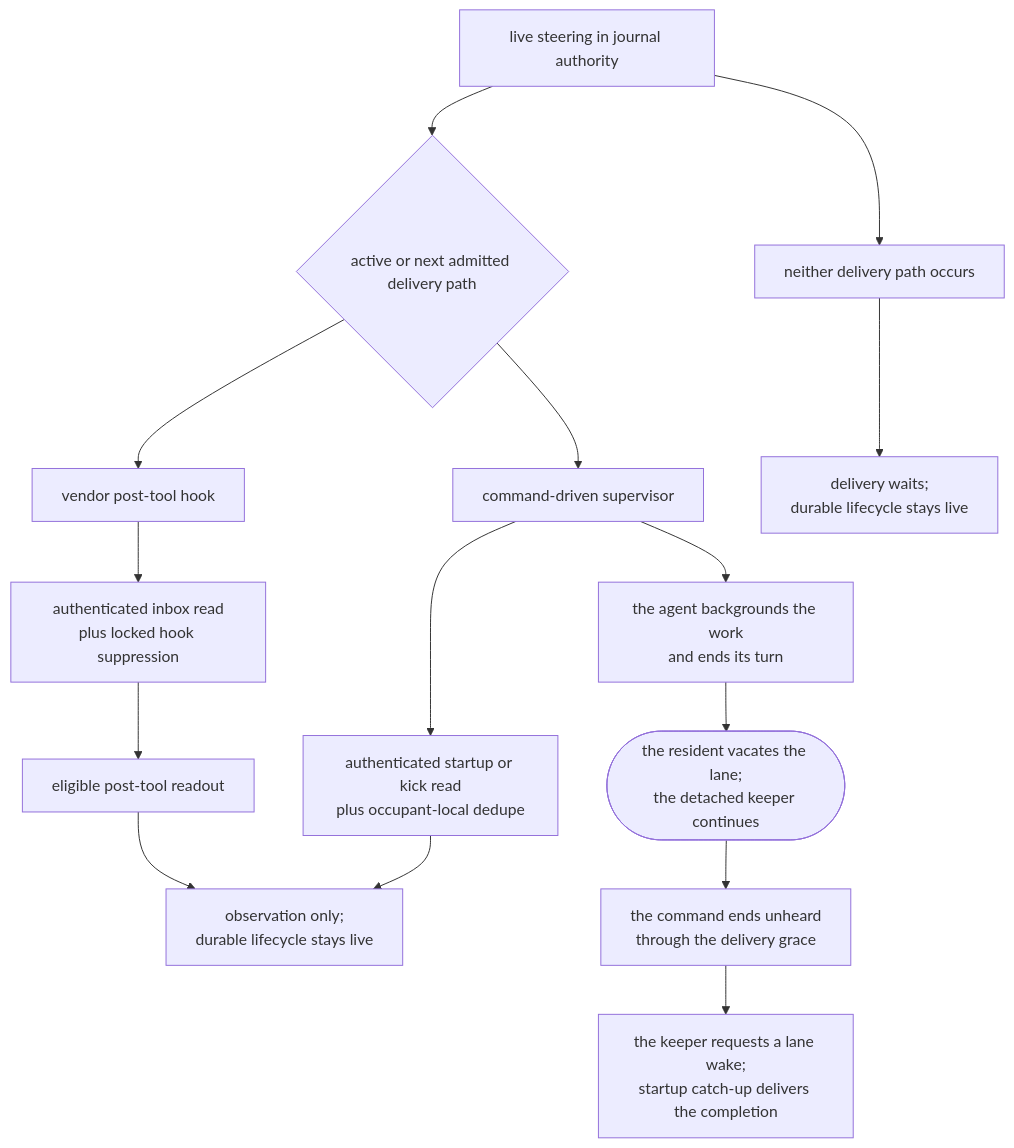
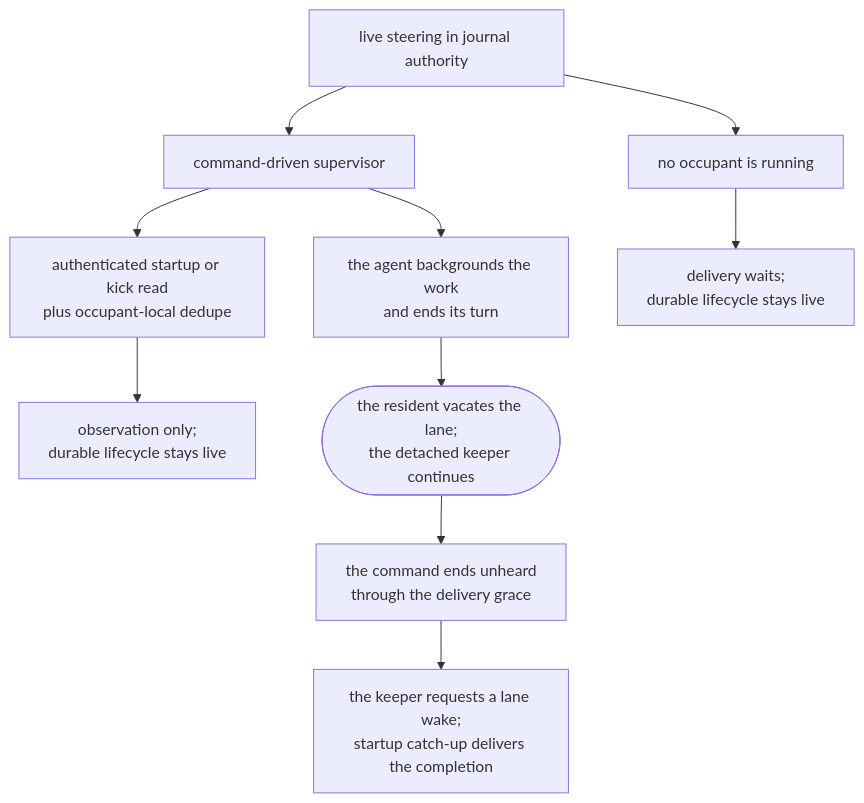
One commit to infimalabs/spice-rust changed the fifth of 8 diagrams in docs/product/planes/hooks.md. Above: the diagram before and after it, drawn with Mermaid. The commit also changed other lines of this file and 195 other files, not shown here.

````diff
--- a/docs/product/planes/hooks.md
+++ b/docs/product/planes/hooks.md
@@ -245,17 +210,12 @@
 ```mermaid
 flowchart TD
-  D["live steering in journal authority"] --> B{"active or next admitted delivery path"}
-  B --> T["vendor post-tool hook"]
-  B --> C["command-driven supervisor"]
-  T --> HS["authenticated inbox read<br/>plus locked hook suppression"]
+  D["live steering in journal authority"] --> C["command-driven supervisor"]
   C --> SR["authenticated startup or kick read<br/>plus occupant-local dedupe"]
-  HR["eligible post-tool readout"] --> O["observation only;<br/>durable lifecycle stays live"]
-  HS --> HR
-  SR --> O
-  D --> N["neither delivery path occurs"]
+  SR --> O["observation only;<br/>durable lifecycle stays live"]
+  D --> N["no occupant is running"]
   N --> W["delivery waits;<br/>durable lifecycle stays live"]
   C --> BG["the agent backgrounds the work<br/>and ends its turn"]
   BG --> S(["the resident vacates the lane;<br/>the detached keeper continues"])
   S --> X["the command ends unheard<br/>through the delivery grace"]
   X --> RL["the keeper requests a lane wake;<br/>startup catch-up delivers the completion"]
 ```
````
